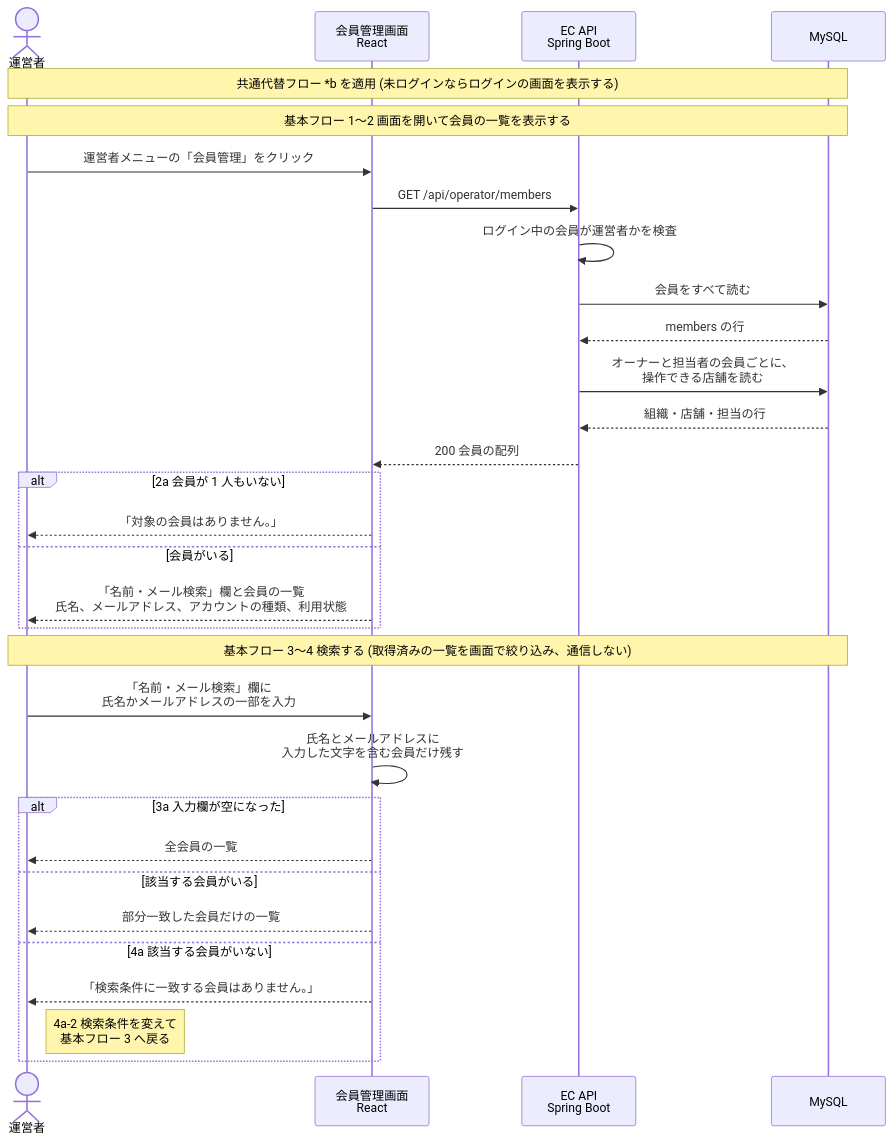
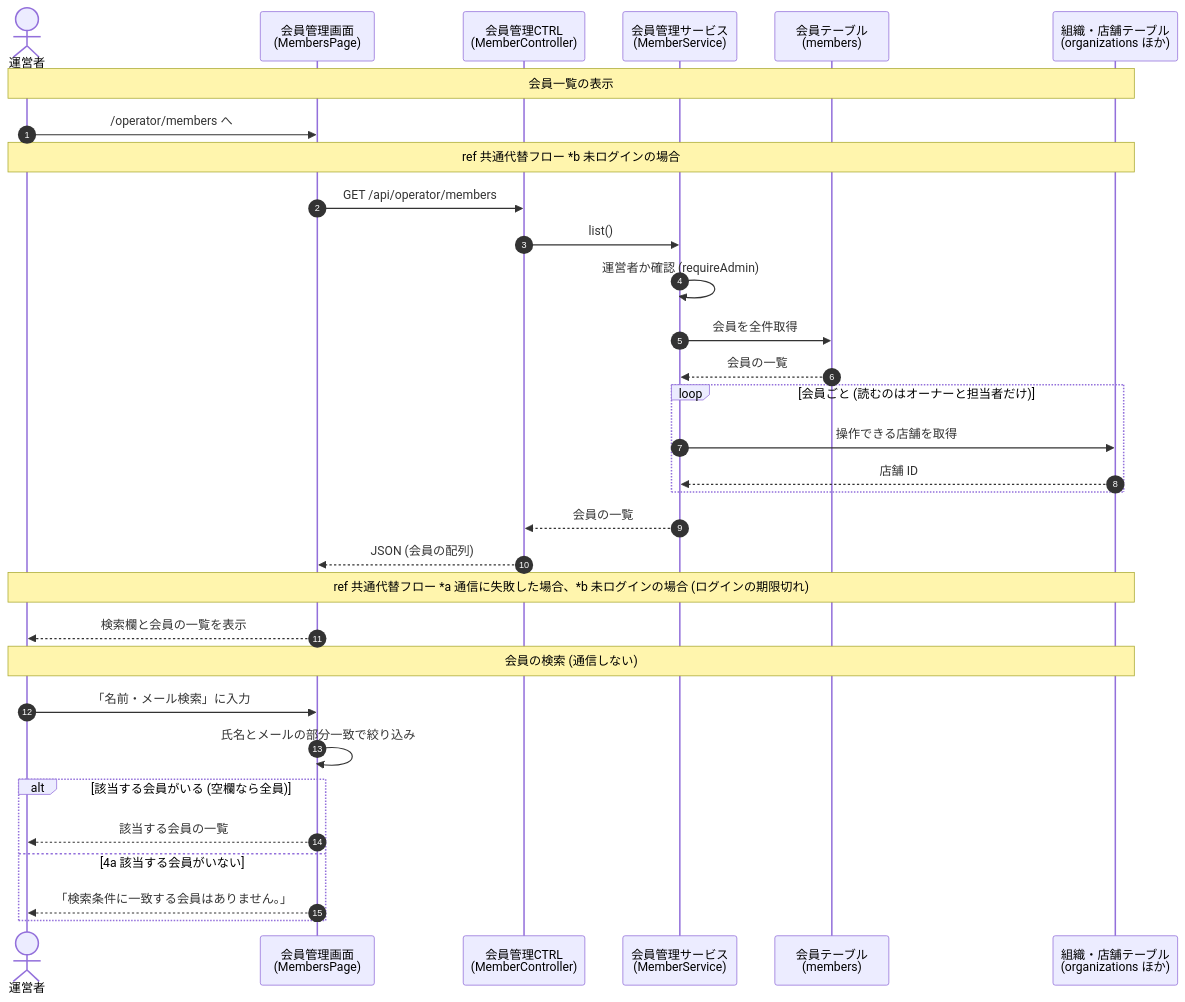
Before and after one commit to abeouga/kusakari-document: the first of 2 diagrams in シーケンス図/kusakari-ec/EC-A01_会員を検索・確認する.md, drawn with Mermaid. The commit also changed other lines of this file, not shown here.

First line of the commit message:
EC-A01 のシーケンス図を、画面名とクラス名の短い表記の 1 枚にし、共通代替フローを直接書いた図を足す

````diff
--- a/シーケンス図/kusakari-ec/EC-A01_会員を検索・確認する.md
+++ b/シーケンス図/kusakari-ec/EC-A01_会員を検索・確認する.md
@@ -8,36 +11,36 @@
 ```mermaid
 sequenceDiagram
+    autonumber
     actor User as 運営者
-    participant Page as 会員管理画面<br/>React
-    participant Api as EC API<br/>Spring Boot
-    participant Db as MySQL
+    participant Page as 会員管理画面<br/>(MembersPage)
+    participant Ctrl as 会員管理CTRL<br/>(MemberController)
+    participant Svc as 会員管理サービス<br/>(MemberService)
+    participant Mem as 会員テーブル<br/>(members)
+    participant Store as 組織・店舗テーブル<br/>(organizations ほか)
 
-    Note over User,Db: 共通代替フロー *b を適用 (未ログインならログインの画面を表示する)
+    Note over User,Store: 会員一覧の表示
+    User->>Page: /operator/members へ
+    Note over User,Store: ref 共通代替フロー *b 未ログインの場合
+    Page->>Ctrl: GET /api/operator/members
+    Ctrl->>Svc: list()
+    Svc->>Svc: 運営者か確認 (requireAdmin)
+    Svc->>Mem: 会員を全件取得
+    Mem-->>Svc: 会員の一覧
+    loop 会員ごと (読むのはオーナーと担当者だけ)
+        Svc->>Store: 操作できる店舗を取得
+        Store-->>Svc: 店舗 ID
+    end
+    Svc-->>Ctrl: 会員の一覧
+    Ctrl-->>Page: JSON (会員の配列)
+    Note over User,Store: ref 共通代替フロー *a 通信に失敗した場合、*b 未ログインの場合 (ログインの期限切れ)
+    Page-->>User: 検索欄と会員の一覧を表示
 
-    Note over User,Db: 基本フロー 1〜2 画面を開いて会員の一覧を表示する
-    User->>Page: 運営者メニューの「会員管理」をクリック
-    Page->>Api: GET /api/operator/members
-    Api->>Api: ログイン中の会員が運営者かを検査
-    Api->>Db: 会員をすべて読む
-    Db-->>Api: members の行
-    Api->>Db: オーナーと担当者の会員ごとに、<br/>操作できる店舗を読む
-    Db-->>Api: 組織・店舗・担当の行
-    Api-->>Page: 200 会員の配列
-    alt 2a 会員が 1 人もいない
-        Page-->>User: 「対象の会員はありません。」
-    else 会員がいる
-        Page-->>User: 「名前・メール検索」欄と会員の一覧<br/>氏名、メールアドレス、アカウントの種類、利用状態
-    end
-
-    Note over User,Db: 基本フロー 3〜4 検索する (取得済みの一覧を画面で絞り込み、通信しない)
-    User->>Page: 「名前・メール検索」欄に<br/>氏名かメールアドレスの一部を入力
-    Page->>Page: 氏名とメールアドレスに<br/>入力した文字を含む会員だけ残す
-    alt 3a 入力欄が空になった
-        Page-->>User: 全会員の一覧
-    else 該当する会員がいる
-        Page-->>User: 部分一致した会員だけの一覧
+    Note over User,Store: 会員の検索 (通信しない)
+    User->>Page: 「名前・メール検索」に入力
+    Page->>Page: 氏名とメールの部分一致で絞り込み
+    alt 該当する会員がいる (空欄なら全員)
+        Page-->>User: 該当する会員の一覧
     else 4a 該当する会員がいない
         Page-->>User: 「検索条件に一致する会員はありません。」
-        Note right of User: 4a-2 検索条件を変えて<br/>基本フロー 3 へ戻る
     end
 ```
````
